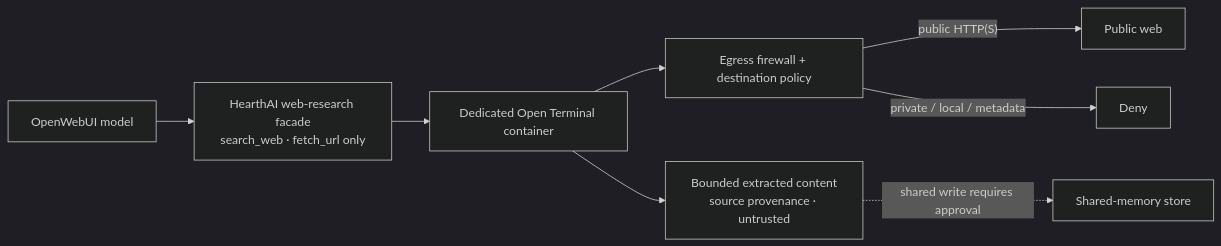
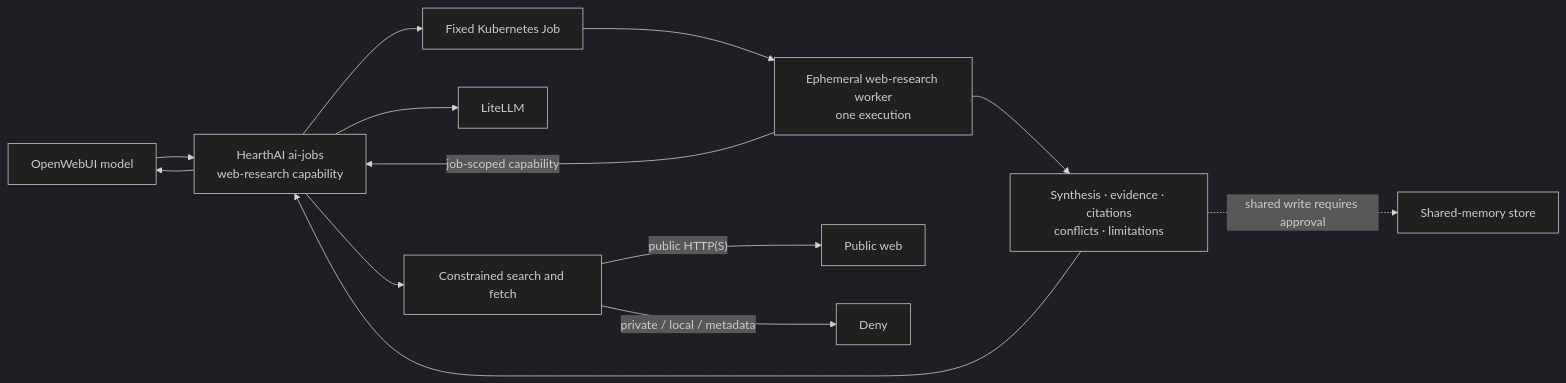
The fifth of 6 diagrams in docs/ARCHITECTURE.md (jokajak/hearthai), drawn with Mermaid (dark theme) before and after one commit. The commit also changed other lines of this file and 2 other files, not shown here.

Commit message:
docs: plan extensible web research implementation

````diff
--- a/docs/ARCHITECTURE.md
+++ b/docs/ARCHITECTURE.md
@@ -232,10 +240,15 @@
 ```mermaid
 flowchart LR
-    MODEL["OpenWebUI model"] --> FACADE["HearthAI web-research facade<br/>search_web · fetch_url only"]
-    FACADE --> TERMINAL["Dedicated Open Terminal container"]
-    TERMINAL --> FIREWALL["Egress firewall + destination policy"]
-    FIREWALL -- "public HTTP(S)" --> WEB["Public web"]
-    FIREWALL -- "private / local / metadata" --> DENY["Deny"]
-    TERMINAL --> RESULT["Bounded extracted content<br/>source provenance · untrusted"]
+    MODEL["OpenWebUI model"] --> JOBS["HearthAI ai-jobs<br/>web-research capability"]
+    JOBS --> K8S["Fixed Kubernetes Job"]
+    K8S --> WORKER["Ephemeral web-research worker<br/>one execution"]
+    WORKER -->|"job-scoped capability"| JOBS
+    JOBS --> LLM["LiteLLM"]
+    JOBS --> POLICY["Constrained search and fetch"]
+    POLICY -- "public HTTP(S)" --> WEB["Public web"]
+    POLICY -- "private / local / metadata" --> DENY["Deny"]
+    WORKER --> RESULT["Synthesis · evidence · citations<br/>conflicts · limitations"]
+    RESULT --> JOBS
+    JOBS --> MODEL
     RESULT -. "shared write requires approval" .-> MEMORY["Shared-memory store"]
 ```
````
